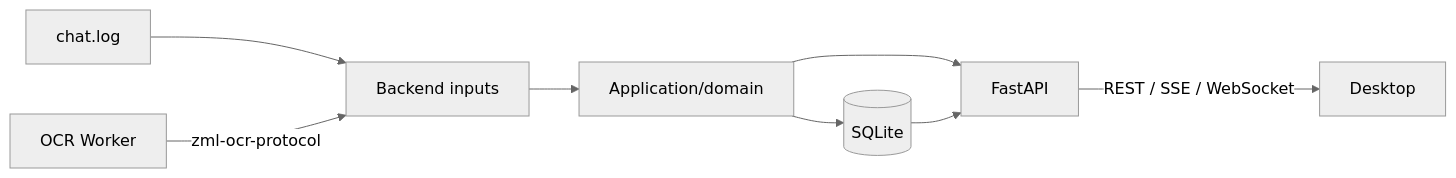
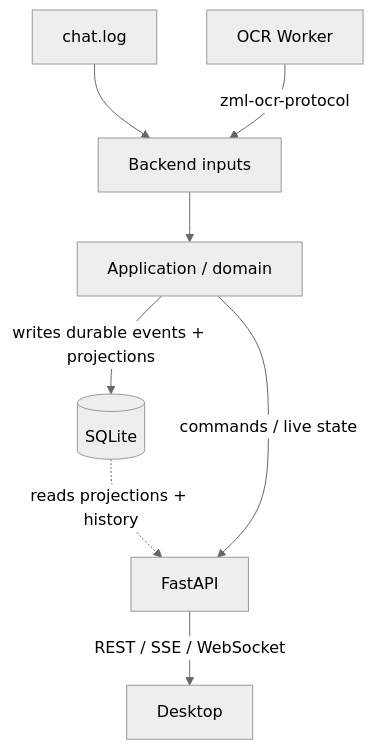
Before and after one commit to PatrykCieszynski/ZML: the first of 2 diagrams in apps/backend/README.md, drawn with Mermaid (neutral theme). The commit also changed other lines of this file, not shown here.

Commit message:
Use vertical backend diagrams

````diff
--- a/apps/backend/README.md
+++ b/apps/backend/README.md
@@ -9,10 +9,12 @@
 ```mermaid
-flowchart LR
+flowchart TB
     Chat[chat.log] --> Inputs[Backend inputs]
     Worker[OCR Worker] -->|zml-ocr-protocol| Inputs
-    Inputs --> App[Application/domain]
-    App --> DB[(SQLite)]
-    App --> API[FastAPI]
-    DB --> API
+    Inputs --> App[Application / domain]
+
+    App -->|writes durable events + projections| DB[(SQLite)]
+    DB -.->|reads projections + history| API[FastAPI]
+    App -->|commands / live state| API
+
     API -->|REST / SSE / WebSocket| Desktop[Desktop]
 ```
````
